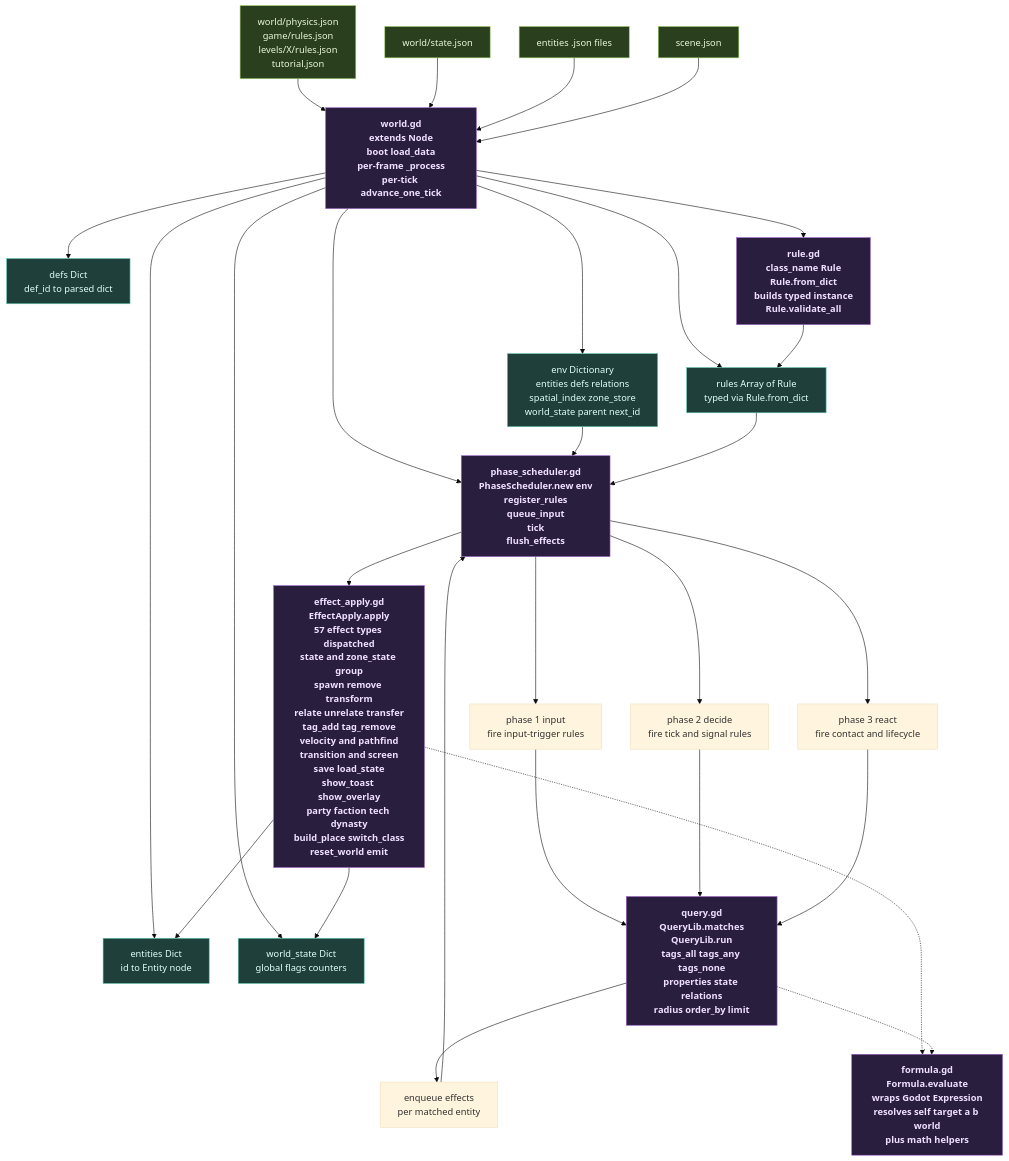
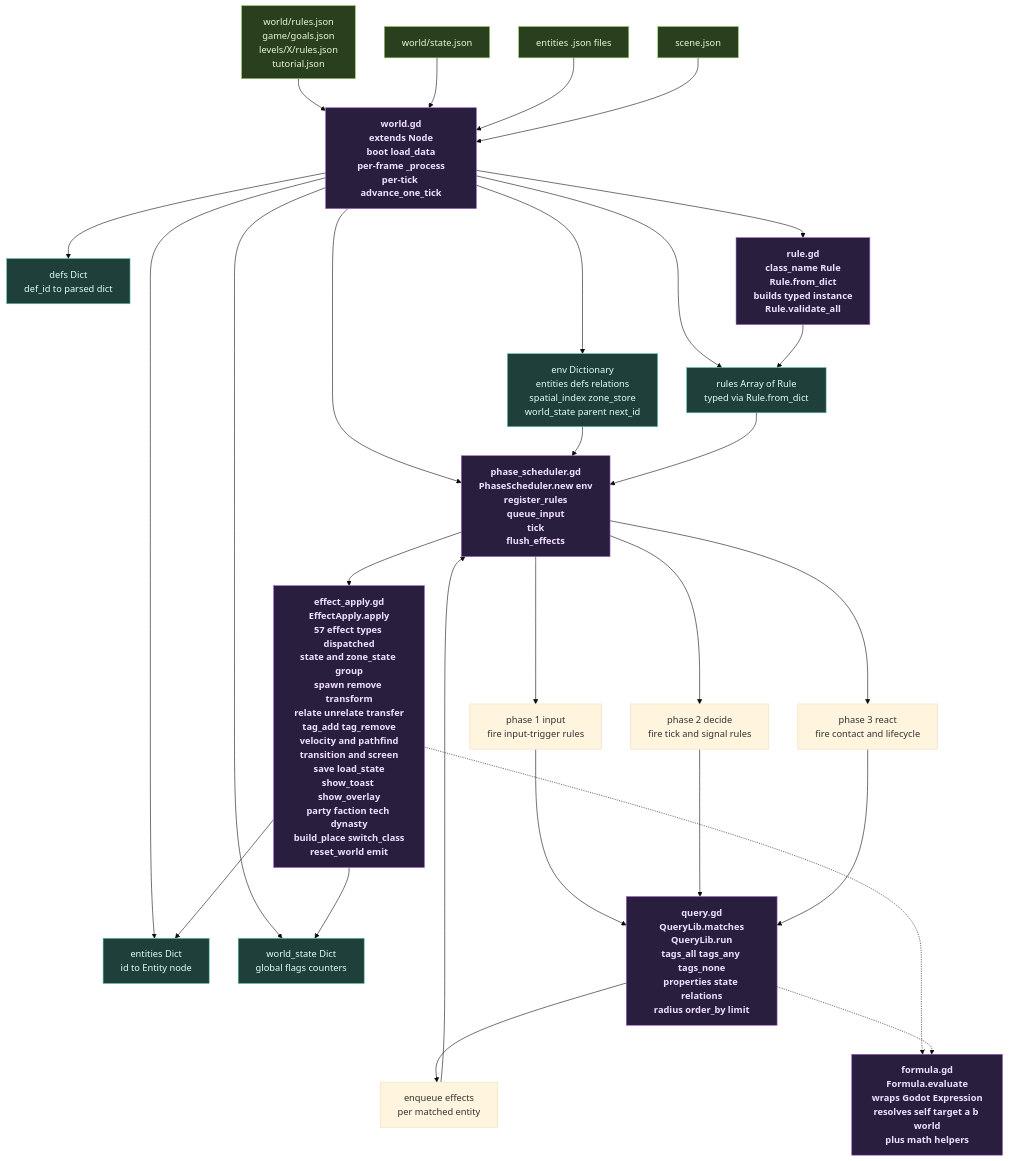
One commit to kamwoh/yume changed the seventh of 35 diagrams in docs/33_yume_full_architecture.md. Above: the diagram before and after it, drawn with Mermaid (base theme). The commit also changed other lines of this file and 37 other files, not shown here.

````diff
--- a/docs/33_yume_full_architecture.md
+++ b/docs/33_yume_full_architecture.md
@@ -582,71 +582,71 @@
 ```mermaid
 flowchart TB
     %% INPUT
-    physJ["world/physics.json<br/>game/rules.json<br/>levels/X/rules.json<br/>tutorial.json"]:::json
+    physJ["world/rules.json<br/>game/goals.json<br/>levels/X/rules.json<br/>tutorial.json"]:::json
     stateJ["world/state.json"]:::json
     entsJ["entities .json files"]:::json
     sceneJ["scene.json"]:::json
 
     %% WORLD.GD
     World["world.gd<br/>extends Node<br/>boot load_data<br/>per-frame _process<br/>per-tick advance_one_tick"]:::core
 
     %% WHAT world.gd BUILDS IN MEMORY
     EnvDict["env Dictionary<br/>entities defs relations<br/>spatial_index zone_store<br/>world_state parent next_id"]:::mem
     EntityMap["entities Dict<br/>id to Entity node"]:::mem
     DefsMap["defs Dict<br/>def_id to parsed dict"]:::mem
     RuleList["rules Array of Rule<br/>typed via Rule.from_dict"]:::mem
     WorldStateDict["world_state Dict<br/>global flags counters"]:::mem
 
     physJ --> World
     stateJ --> World
     entsJ --> World
     sceneJ --> World
 
     World --> EnvDict
     World --> EntityMap
     World --> DefsMap
     World --> RuleList
     World --> WorldStateDict
 
     %% RULE.GD — pure data class
     RuleGD["rule.gd<br/>class_name Rule<br/>Rule.from_dict<br/>builds typed instance<br/>Rule.validate_all"]:::core
     World --> RuleGD
     RuleGD --> RuleList
 
     %% PHASE_SCHEDULER.GD — the tick engine
     Sched["phase_scheduler.gd<br/>PhaseScheduler.new env<br/>register_rules<br/>queue_input<br/>tick<br/>flush_effects"]:::core
     World --> Sched
     EnvDict --> Sched
     RuleList --> Sched
 
     %% Per-tick fan-out
     InputRules["phase 1 input<br/>fire input-trigger rules"]
     TickRules["phase 2 decide<br/>fire tick and signal rules"]
     ContactRules["phase 3 react<br/>fire contact and lifecycle"]
     Sched --> InputRules
     Sched --> TickRules
     Sched --> ContactRules
 
     InputRules --> Query
     TickRules --> Query
     ContactRules --> Query
 
     Query["query.gd<br/>QueryLib.matches<br/>QueryLib.run<br/>tags_all tags_any tags_none<br/>properties state relations<br/>radius order_by limit"]:::core
     EnqueueFx["enqueue effects<br/>per matched entity"]
     Query --> EnqueueFx
 
     EnqueueFx --> Sched
     Sched --> EffApply
 
     EffApply["effect_apply.gd<br/>EffectApply.apply<br/>57 effect types dispatched<br/>state and zone_state group<br/>spawn remove transform<br/>relate unrelate transfer<br/>tag_add tag_remove<br/>velocity and pathfind<br/>transition and screen<br/>save load_state<br/>show_toast show_overlay<br/>party faction tech dynasty<br/>build_place switch_class<br/>reset_world emit"]:::core
     EffApply --> EntityMap
     EffApply --> WorldStateDict
     EffApply -.-> Formula
 
     Formula["formula.gd<br/>Formula.evaluate<br/>wraps Godot Expression<br/>resolves self target a b world<br/>plus math helpers"]:::core
     Query -.-> Formula
 
     classDef json fill:#2a3f1e,stroke:#9ac962,color:#e8f8d8
     classDef core fill:#2a1e3f,stroke:#a062c9,color:#f0e0ff,font-weight:bold
     classDef mem fill:#1e3f3a,stroke:#62c9b3,color:#e0fff8
 ```
````
